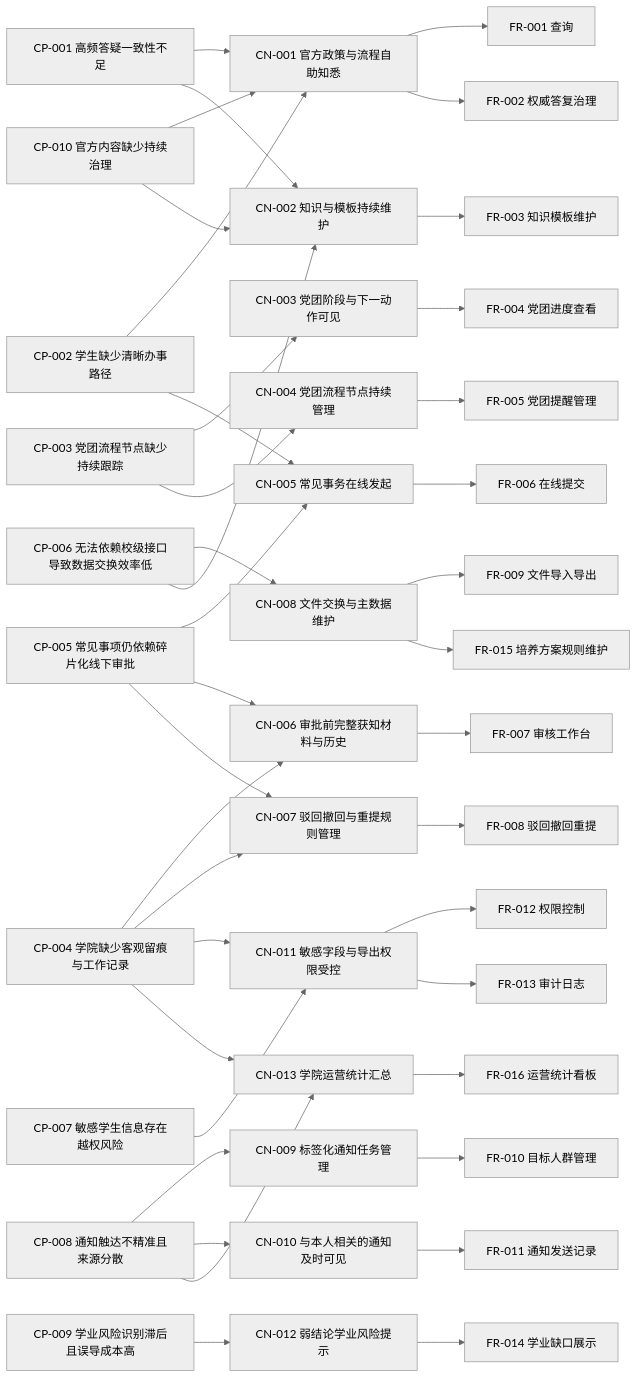
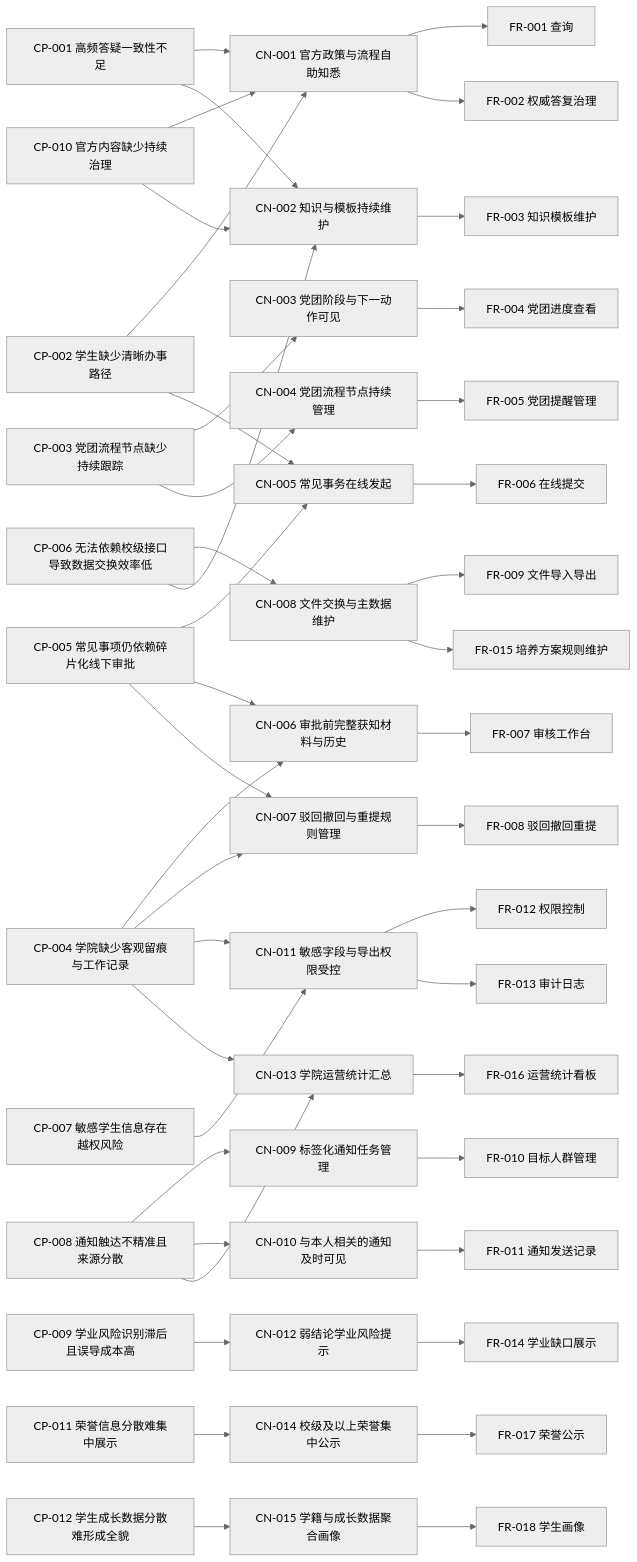
Before and after one commit to RUC-zlhz/super-ruc: the diagram in docs/srs/traceability-matrix.md, drawn with Mermaid (neutral theme). The commit also changed other lines of this file and 24 other files, not shown here.

````diff
--- a/docs/srs/traceability-matrix.md
+++ b/docs/srs/traceability-matrix.md
@@ -7,42 +7,46 @@
 ```mermaid
 flowchart LR
     CP1[CP-001 高频答疑一致性不足] --> CN1[CN-001 官方政策与流程自助知悉]
     CP1 --> CN2[CN-002 知识与模板持续维护]
     CP2[CP-002 学生缺少清晰办事路径] --> CN1
     CP2 --> CN5[CN-005 常见事务在线发起]
     CP3[CP-003 党团流程节点缺少持续跟踪] --> CN3[CN-003 党团阶段与下一动作可见]
     CP3 --> CN4[CN-004 党团流程节点持续管理]
     CP4[CP-004 学院缺少客观留痕与工作记录] --> CN6[CN-006 审批前完整获知材料与历史]
     CP4 --> CN7[CN-007 驳回撤回与重提规则管理]
     CP4 --> CN11[CN-011 敏感字段与导出权限受控]
     CP4 --> CN13[CN-013 学院运营统计汇总]
     CP5[CP-005 常见事项仍依赖碎片化线下审批] --> CN5
     CP5 --> CN6
     CP5 --> CN7
     CP6[CP-006 无法依赖校级接口导致数据交换效率低] --> CN8[CN-008 文件交换与主数据维护]
     CP6 --> CN2
     CP7[CP-007 敏感学生信息存在越权风险] --> CN11
     CP8[CP-008 通知触达不精准且来源分散] --> CN9[CN-009 标签化通知任务管理]
     CP8 --> CN10[CN-010 与本人相关的通知及时可见]
     CP8 --> CN13
     CP9[CP-009 学业风险识别滞后且误导成本高] --> CN12[CN-012 弱结论学业风险提示]
     CP10[CP-010 官方内容缺少持续治理] --> CN1
     CP10 --> CN2
+    CP11[CP-011 荣誉信息分散难集中展示] --> CN14[CN-014 校级及以上荣誉集中公示]
+    CP12[CP-012 学生成长数据分散难形成全貌] --> CN15[CN-015 学籍与成长数据聚合画像]
 
     CN1 --> FR1[FR-001 查询]
     CN1 --> FR2[FR-002 权威答复治理]
     CN2 --> FR3[FR-003 知识模板维护]
     CN3 --> FR4[FR-004 党团进度查看]
     CN4 --> FR5[FR-005 党团提醒管理]
     CN5 --> FR6[FR-006 在线提交]
     CN6 --> FR7[FR-007 审核工作台]
     CN7 --> FR8[FR-008 驳回撤回重提]
     CN8 --> FR9[FR-009 文件导入导出]
     CN8 --> FR15[FR-015 培养方案规则维护]
     CN9 --> FR10[FR-010 目标人群管理]
     CN10 --> FR11[FR-011 通知发送记录]
     CN11 --> FR12[FR-012 权限控制]
     CN11 --> FR13[FR-013 审计日志]
     CN12 --> FR14[FR-014 学业缺口展示]
     CN13 --> FR16[FR-016 运营统计看板]
+    CN14 --> FR17[FR-017 荣誉公示]
+    CN15 --> FR18[FR-018 学生画像]
 ```
````
